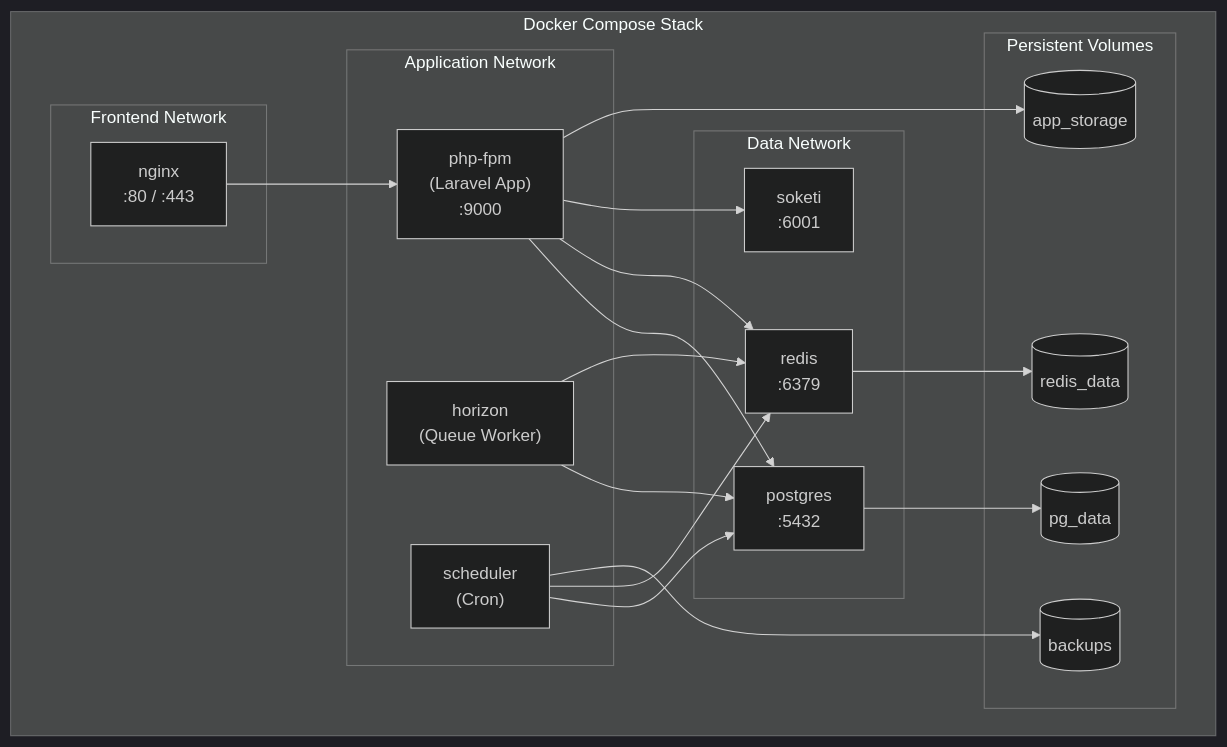
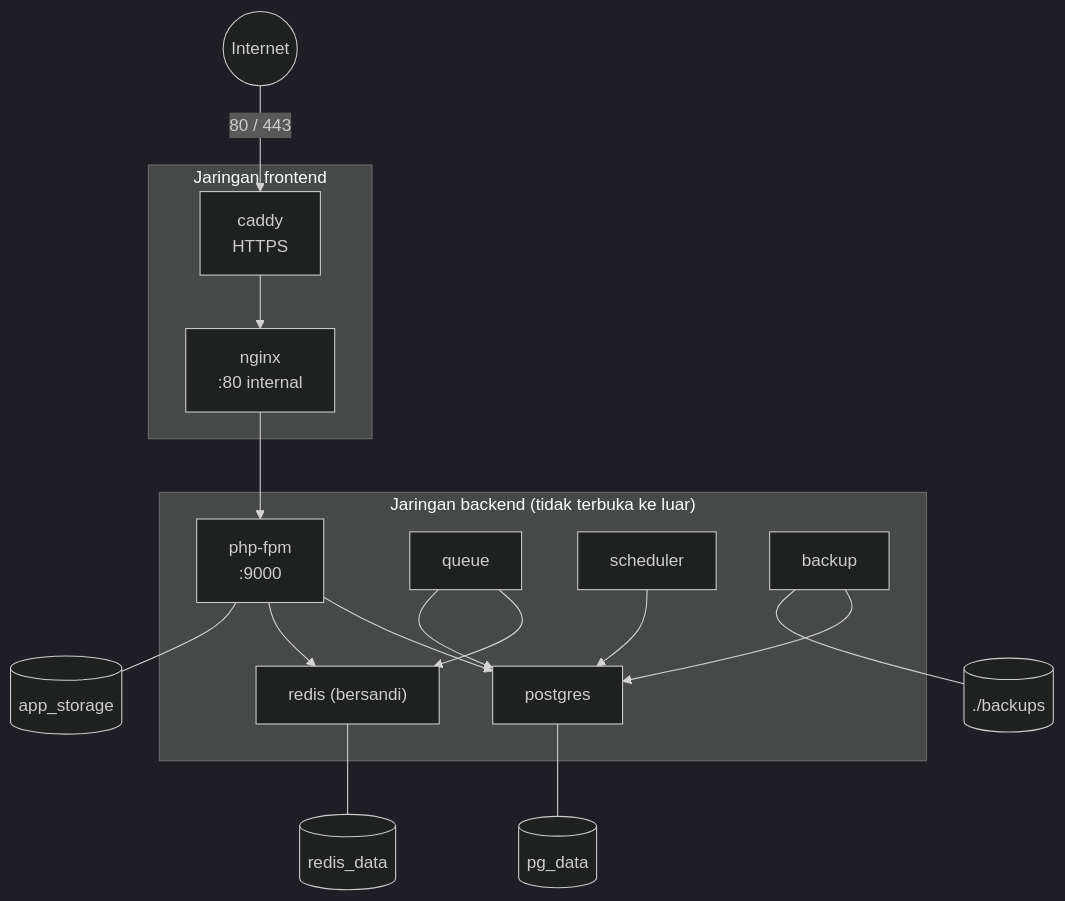
Before and after one commit to alfianmutaqin/berger-wms: the fifth of 6 diagrams in docs/3_system_architecture.md, drawn with Mermaid (dark theme). The commit also changed other lines of this file and 9 other files, not shown here.

````diff
--- a/docs/3_system_architecture.md
+++ b/docs/3_system_architecture.md
@@ -538,41 +428,32 @@
 ```mermaid
 graph TB
-    subgraph DOCKER ["Docker Compose Stack"]
-        subgraph FRONTEND_NET ["Frontend Network"]
-            NGINX_C["nginx<br>:80 / :443"]
-        end
-        
-        subgraph APP_NET ["Application Network"]
-            PHP_FPM["php-fpm<br>(Laravel App)<br>:9000"]
-            HORIZON_C["horizon<br>(Queue Worker)"]
-            SCHEDULER_C["scheduler<br>(Cron)"]
-        end
-        
-        subgraph DATA_NET ["Data Network"]
-            PG_C["postgres<br>:5432"]
-            REDIS_C["redis<br>:6379"]
-            SOKETI_C["soketi<br>:6001"]
-        end
-        
-        subgraph STORAGE_VOL ["Persistent Volumes"]
-            PG_VOL[("pg_data")]
-            REDIS_VOL[("redis_data")]
-            APP_VOL[("app_storage")]
-            BACKUP_VOL[("backups")]
-        end
+    INTERNET((Internet)) -->|80 / 443| CADDY
+
+    subgraph FRONTEND_NET ["Jaringan frontend"]
+        CADDY["caddy<br>HTTPS"]
+        NGINX_C["nginx<br>:80 internal"]
     end
-    
+
+    subgraph BACKEND_NET ["Jaringan backend (tidak terbuka ke luar)"]
+        PHP_FPM["php-fpm<br>:9000"]
+        QUEUE_C["queue"]
+        SCHEDULER_C["scheduler"]
+        PG_C["postgres"]
+        REDIS_C["redis (bersandi)"]
+        BACKUP_C["backup"]
+    end
+
+    CADDY --> NGINX_C
     NGINX_C --> PHP_FPM
     PHP_FPM --> PG_C
     PHP_FPM --> REDIS_C
-    PHP_FPM --> SOKETI_C
-    HORIZON_C --> PG_C
-    HORIZON_C --> REDIS_C
+    QUEUE_C --> REDIS_C
+    QUEUE_C --> PG_C
     SCHEDULER_C --> PG_C
-    SCHEDULER_C --> REDIS_C
-    
-    PG_C --> PG_VOL
-    REDIS_C --> REDIS_VOL
-    PHP_FPM --> APP_VOL
-    SCHEDULER_C --> BACKUP_VOL
+    BACKUP_C --> PG_C
+
+    PG_C --- PG_VOL[("pg_data")]
+    REDIS_C --- REDIS_VOL[("redis_data")]
+    PHP_FPM --- APP_VOL[("app_storage")]
+    BACKUP_C --- BAK[("./backups")]
 ```
````
